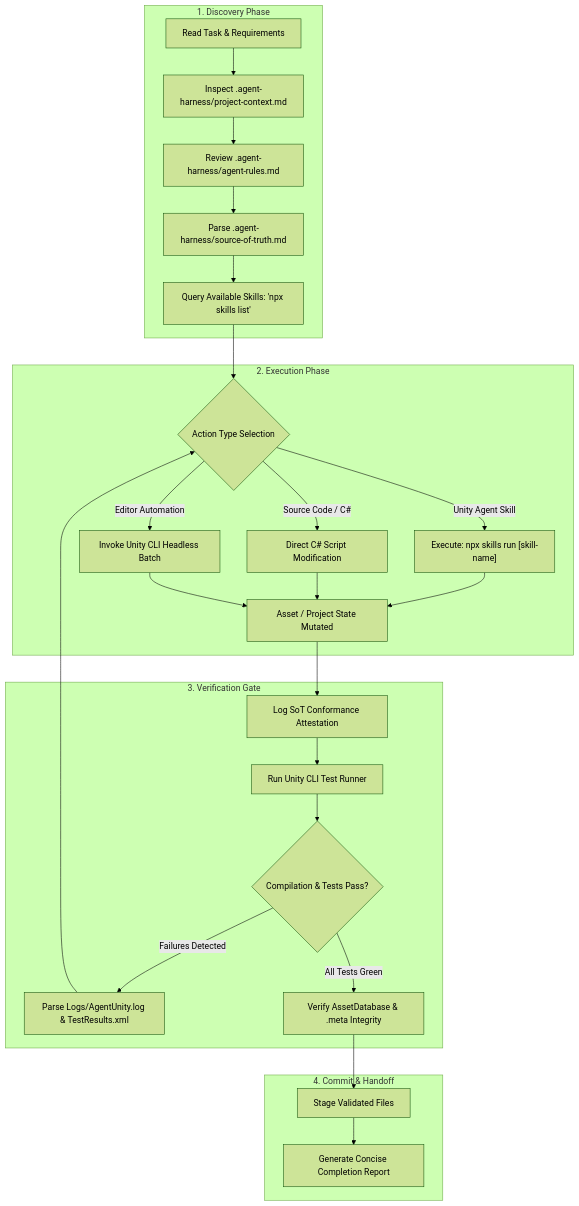
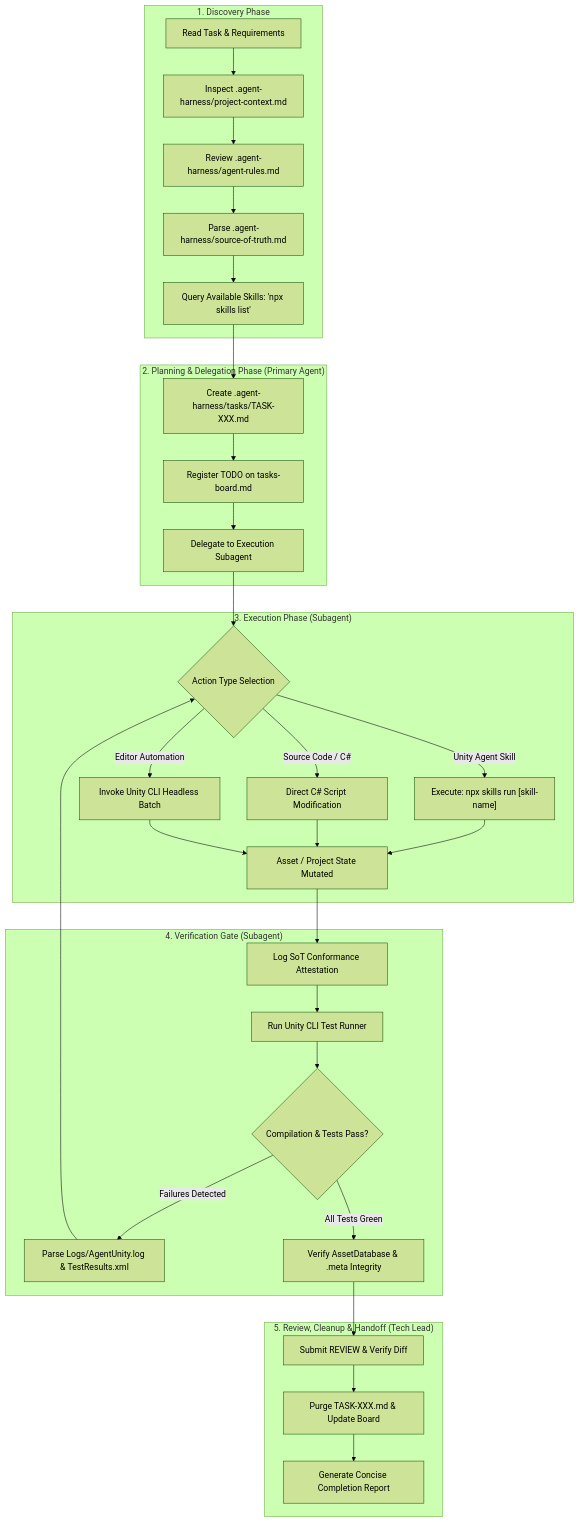
Before and after one commit to Hosomy17/EmpressProject: the first of 3 diagrams in .agent-harness/README.md, drawn with Mermaid (forest theme). The commit also changed other lines of this file and 3 other files, not shown here.

````diff
--- a/.agent-harness/README.md
+++ b/.agent-harness/README.md
@@ -9,33 +9,40 @@
 ```mermaid
 flowchart TD
     subgraph S1["1. Discovery Phase"]
         A["Read Task & Requirements"] --> B["Inspect .agent-harness/project-context.md"]
         B --> C["Review .agent-harness/agent-rules.md"]
         C --> D["Parse .agent-harness/source-of-truth.md"]
         D --> E["Query Available Skills: 'npx skills list'"]
     end
 
-    subgraph S2["2. Execution Phase"]
-        E --> F{"Action Type Selection"}
+    subgraph S2["2. Planning & Delegation Phase (Primary Agent)"]
+        E --> P1["Create .agent-harness/tasks/TASK-XXX.md"]
+        P1 --> P2["Register TODO on tasks-board.md"]
+        P2 --> P3["Delegate to Execution Subagent"]
+    end
+
+    subgraph S3["3. Execution Phase (Subagent)"]
+        P3 --> F{"Action Type Selection"}
         F -->|Unity Agent Skill| G["Execute: npx skills run [skill-name]"]
         F -->|Source Code / C#| H["Direct C# Script Modification"]
         F -->|Editor Automation| I["Invoke Unity CLI Headless Batch"]
         G --> J["Asset / Project State Mutated"]
         H --> J
         I --> J
     end
 
-    subgraph S3["3. Verification Gate"]
+    subgraph S4["4. Verification Gate (Subagent)"]
         J --> K["Log SoT Conformance Attestation"]
         K --> L["Run Unity CLI Test Runner"]
         L --> M{"Compilation & Tests Pass?"}
         M -->|Failures Detected| N["Parse Logs/AgentUnity.log & TestResults.xml"]
         N --> F
         M -->|All Tests Green| O["Verify AssetDatabase & .meta Integrity"]
     end
 
-    subgraph S4["4. Commit & Handoff"]
-        O --> P["Stage Validated Files"]
-        P --> Q["Generate Concise Completion Report"]
+    subgraph S5["5. Review, Cleanup & Handoff (Tech Lead)"]
+        O --> P["Submit REVIEW & Verify Diff"]
+        P --> Q["Purge TASK-XXX.md & Update Board"]
+        Q --> R["Generate Concise Completion Report"]
     end
 ```
````
